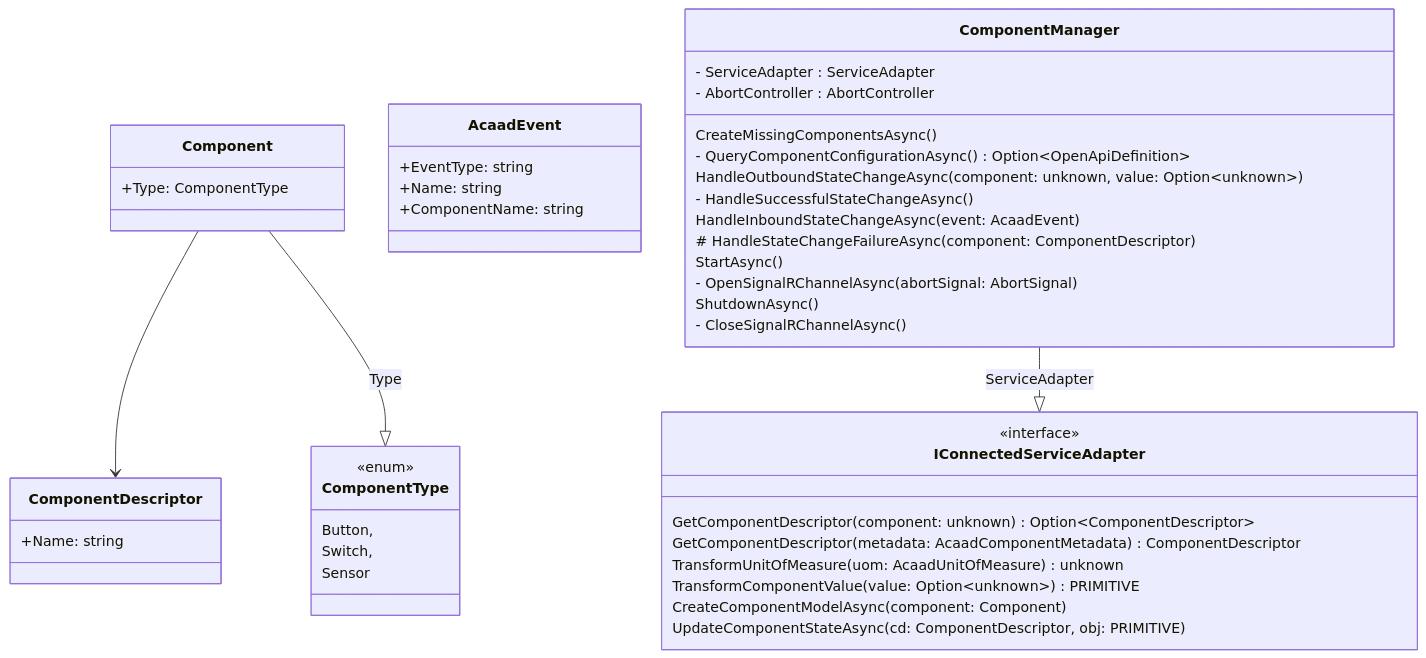
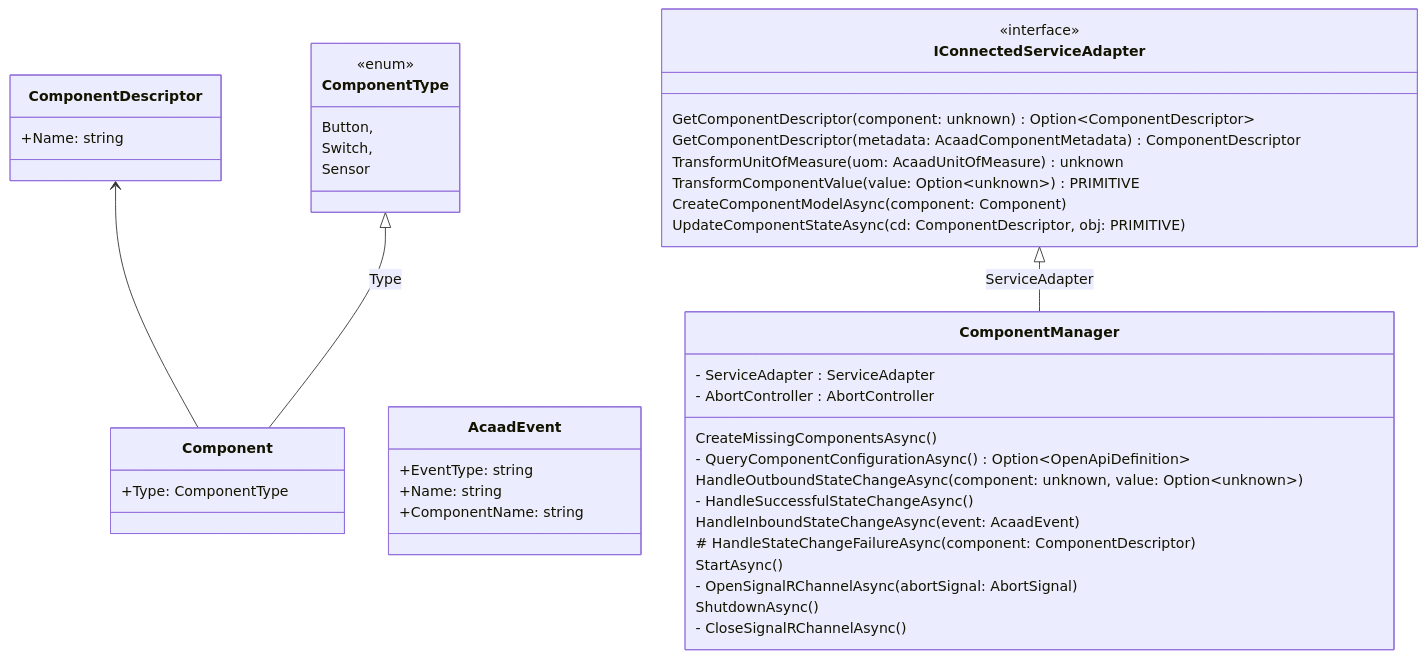
Before and after one commit to OlliMartin/wndw.ctl.typescript: the second of 3 diagrams in Documentation/Development/README.md, drawn with Mermaid. The commit also changed other lines of this file, not shown here.

Commit message:
Change direction of class diagrams

````diff
--- a/Documentation/Development/README.md
+++ b/Documentation/Development/README.md
@@ -302,64 +302,65 @@
 ``` mermaid
 classDiagram
+direction BT
 
 class ComponentDescriptor {
   +Name: string
 }
 
 class ComponentType {
   <<enum>>
   Button,
   Switch, 
   Sensor
 }
 
 class Component {
   +Type: ComponentType
 }
 
 Component --> ComponentDescriptor
 Component --|> ComponentType : Type
 
 class AcaadEvent {
   +EventType: string
   +Name: string
   +ComponentName: string
 }
 
 class IConnectedServiceAdapter {
   <<interface>>
   
   GetComponentDescriptor(component: unknown) Option~ComponentDescriptor~
   GetComponentDescriptor(metadata: AcaadComponentMetadata) ComponentDescriptor
   
   TransformUnitOfMeasure(uom: AcaadUnitOfMeasure) unknown
   TransformComponentValue(value: Option~unknown~) PRIMITIVE
   
   CreateComponentModelAsync(component: Component)
   
   UpdateComponentStateAsync(cd: ComponentDescriptor, obj: PRIMITIVE)
 }
 
 class ComponentManager {
   - ServiceAdapter : ServiceAdapter
   - AbortController : AbortController
 
   CreateMissingComponentsAsync()
   - QueryComponentConfigurationAsync() Option~OpenApiDefinition~
   
   HandleOutboundStateChangeAsync(component: unknown, value: Option~unknown~)
   - HandleSuccessfulStateChangeAsync()
     
   HandleInboundStateChangeAsync(event: AcaadEvent)
   
   # HandleStateChangeFailureAsync(component: ComponentDescriptor)
   
   StartAsync()
   - OpenSignalRChannelAsync(abortSignal: AbortSignal)
   
   ShutdownAsync()
   - CloseSignalRChannelAsync()
 }
 
 ComponentManager --|> IConnectedServiceAdapter : ServiceAdapter
 ```
````
